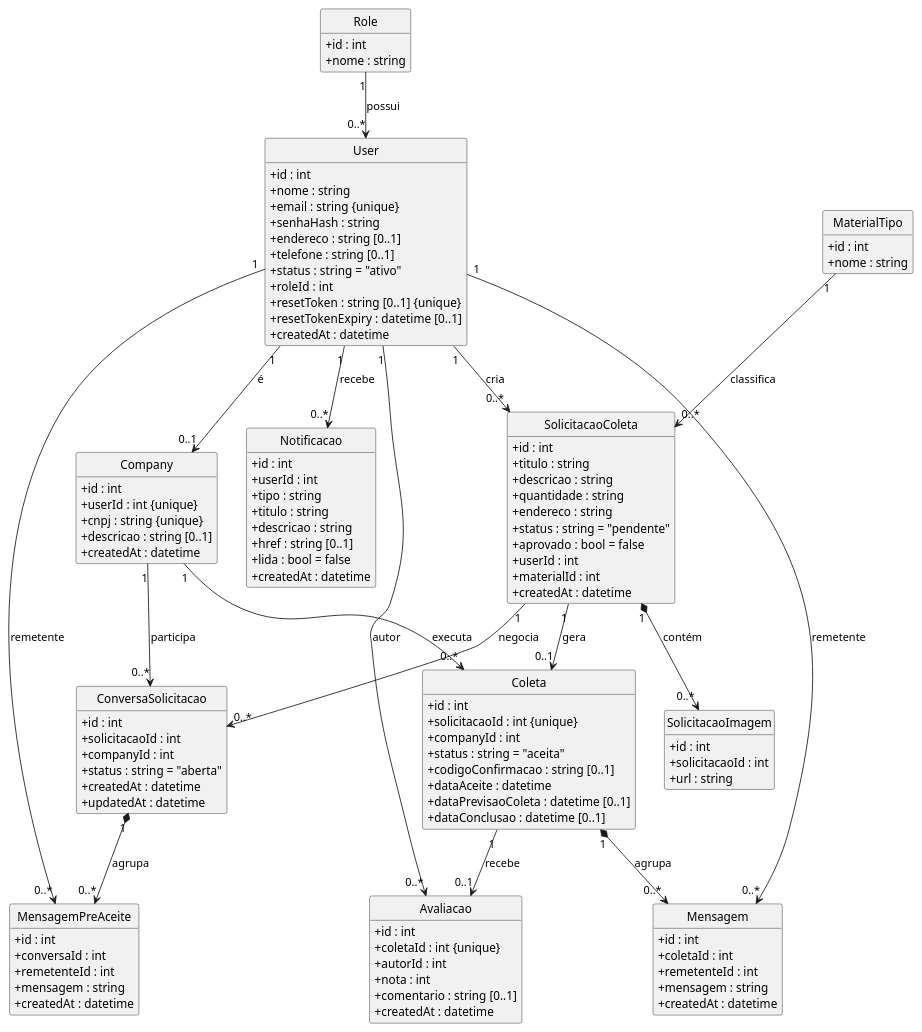
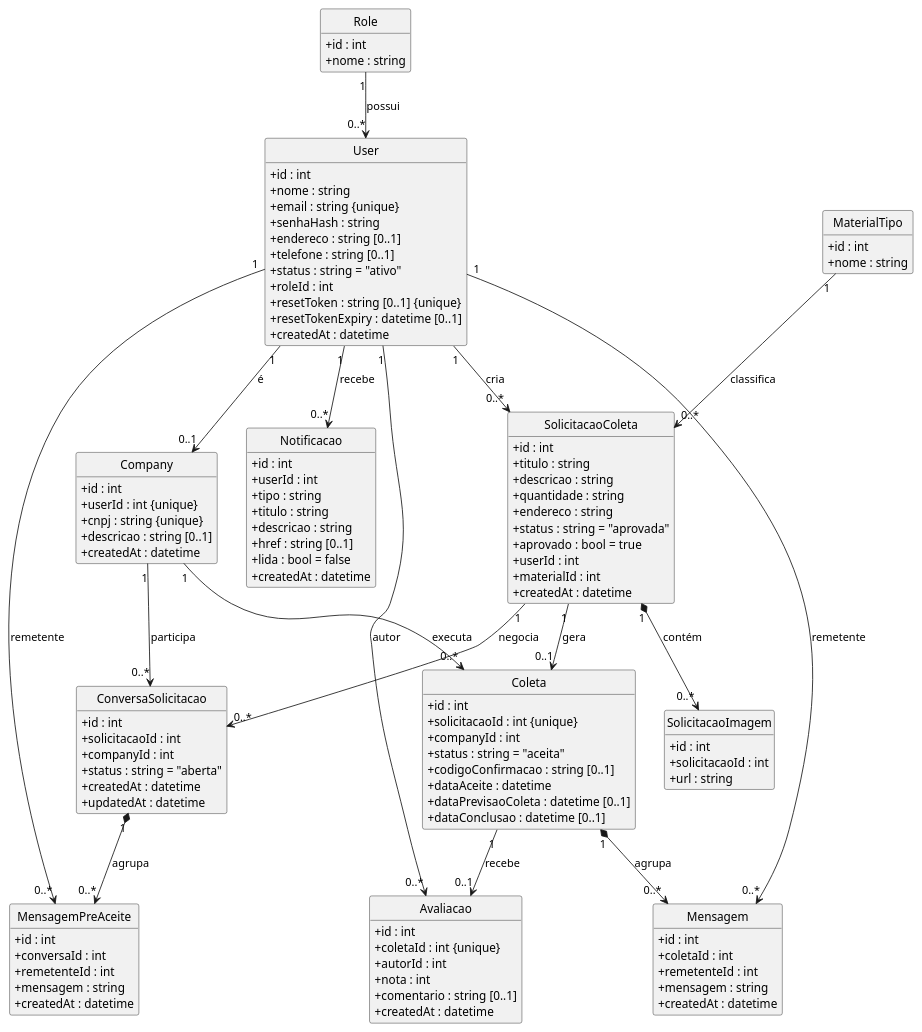
The diagram in docs/uml/2-classes-de-dados/classes-de-dados.puml (lononeiro/olx-ecologico), drawn with PlantUML before and after one commit. The commit also changed 53 other files, not shown here.

First line of the commit message:
docs(uml): revisao dos diagramas e sincronizacao docs/ com uml/

```diff
--- a/docs/uml/2-classes-de-dados/classes-de-dados.puml
+++ b/docs/uml/2-classes-de-dados/classes-de-dados.puml
@@ -1,119 +1,119 @@
 @startuml classes-de-dados
 ' Diagrama de Classes de Dados - ECOnecta (12 entidades, derivado de prisma/schema.prisma)
 skinparam classAttributeIconSize 0
 hide methods
 hide circle
 
 class Role {
   +id : int
   +nome : string
 }
 class User {
   +id : int
   +nome : string
   +email : string {unique}
   +senhaHash : string
   +endereco : string [0..1]
   +telefone : string [0..1]
   +status : string = "ativo"
   +roleId : int
   +resetToken : string [0..1] {unique}
   +resetTokenExpiry : datetime [0..1]
   +createdAt : datetime
 }
 class Company {
   +id : int
   +userId : int {unique}
   +cnpj : string {unique}
   +descricao : string [0..1]
   +createdAt : datetime
 }
 class MaterialTipo {
   +id : int
   +nome : string
 }
 class SolicitacaoColeta {
   +id : int
   +titulo : string
   +descricao : string
   +quantidade : string
   +endereco : string
-  +status : string = "pendente"
-  +aprovado : bool = false
+  +status : string = "aprovada"
+  +aprovado : bool = true
   +userId : int
   +materialId : int
   +createdAt : datetime
 }
 class SolicitacaoImagem {
   +id : int
   +solicitacaoId : int
   +url : string
 }
 class Coleta {
   +id : int
   +solicitacaoId : int {unique}
   +companyId : int
   +status : string = "aceita"
   +codigoConfirmacao : string [0..1]
   +dataAceite : datetime
   +dataPrevisaoColeta : datetime [0..1]
   +dataConclusao : datetime [0..1]
 }
 class Avaliacao {
   +id : int
   +coletaId : int {unique}
   +autorId : int
   +nota : int
   +comentario : string [0..1]
   +createdAt : datetime
 }
 class Mensagem {
   +id : int
   +coletaId : int
   +remetenteId : int
   +mensagem : string
   +createdAt : datetime
 }
 class ConversaSolicitacao {
   +id : int
   +solicitacaoId : int
   +companyId : int
   +status : string = "aberta"
   +createdAt : datetime
   +updatedAt : datetime
 }
 class MensagemPreAceite {
   +id : int
   +conversaId : int
   +remetenteId : int
   +mensagem : string
   +createdAt : datetime
 }
 class Notificacao {
   +id : int
   +userId : int
   +tipo : string
   +titulo : string
   +descricao : string
   +href : string [0..1]
   +lida : bool = false
   +createdAt : datetime
 }
 
 Role "1" --> "0..*" User : possui
 User "1" --> "0..1" Company : é
 User "1" --> "0..*" SolicitacaoColeta : cria
 MaterialTipo "1" --> "0..*" SolicitacaoColeta : classifica
 SolicitacaoColeta "1" *--> "0..*" SolicitacaoImagem : contém
 SolicitacaoColeta "1" --> "0..1" Coleta : gera
 Company "1" --> "0..*" Coleta : executa
 Coleta "1" --> "0..1" Avaliacao : recebe
 User "1" --> "0..*" Avaliacao : autor
 Coleta "1" *--> "0..*" Mensagem : agrupa
 User "1" --> "0..*" Mensagem : remetente
 SolicitacaoColeta "1" --> "0..*" ConversaSolicitacao : negocia
 Company "1" --> "0..*" ConversaSolicitacao : participa
 ConversaSolicitacao "1" *--> "0..*" MensagemPreAceite : agrupa
 User "1" --> "0..*" MensagemPreAceite : remetente
 User "1" --> "0..*" Notificacao : recebe
 @enduml
```
